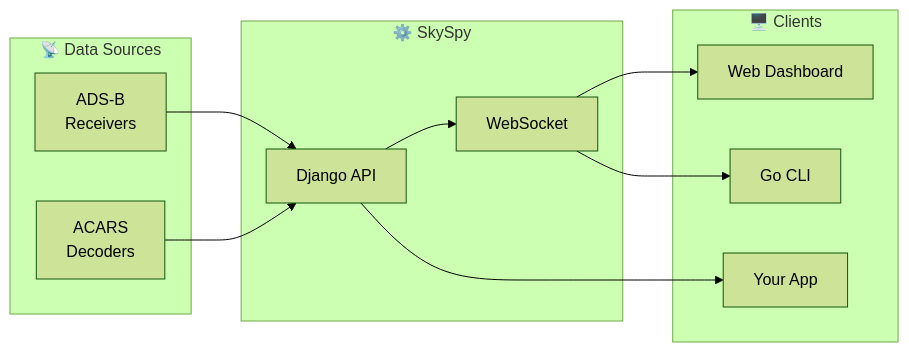
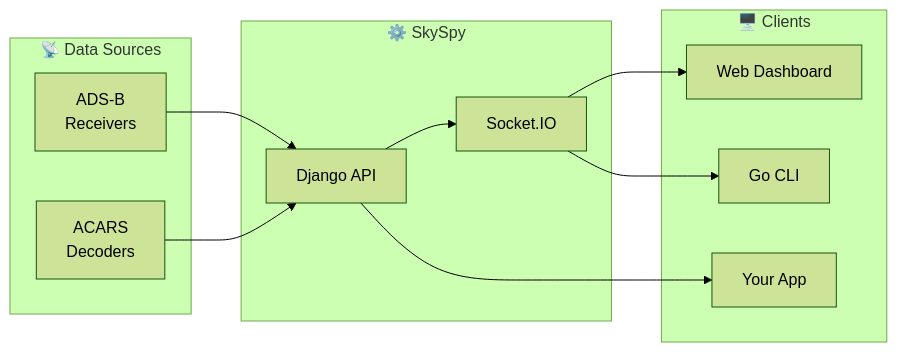
One commit to CHA0S-CORP/SkySpy changed the diagram in docs/README.md. Above: the diagram before and after it, drawn with Mermaid (forest theme). The commit also changed 18 other files, not shown here.

````diff
--- a/docs/README.md
+++ b/docs/README.md
@@ -32,25 +32,25 @@
 ```mermaid
 flowchart LR
     subgraph Input["📡 Data Sources"]
         ADSB[ADS-B<br/>Receivers]
         ACARS[ACARS<br/>Decoders]
     end
 
     subgraph Core["⚙️ SkySpy"]
         API[Django API]
-        WS[WebSocket]
+        WS[Socket.IO]
     end
 
     subgraph Output["🖥️ Clients"]
         WEB[Web Dashboard]
         CLI[Go CLI]
         EXT[Your App]
     end
 
     ADSB --> API
     ACARS --> API
     API --> WS
     WS --> WEB
     WS --> CLI
     API --> EXT
 ```
````
